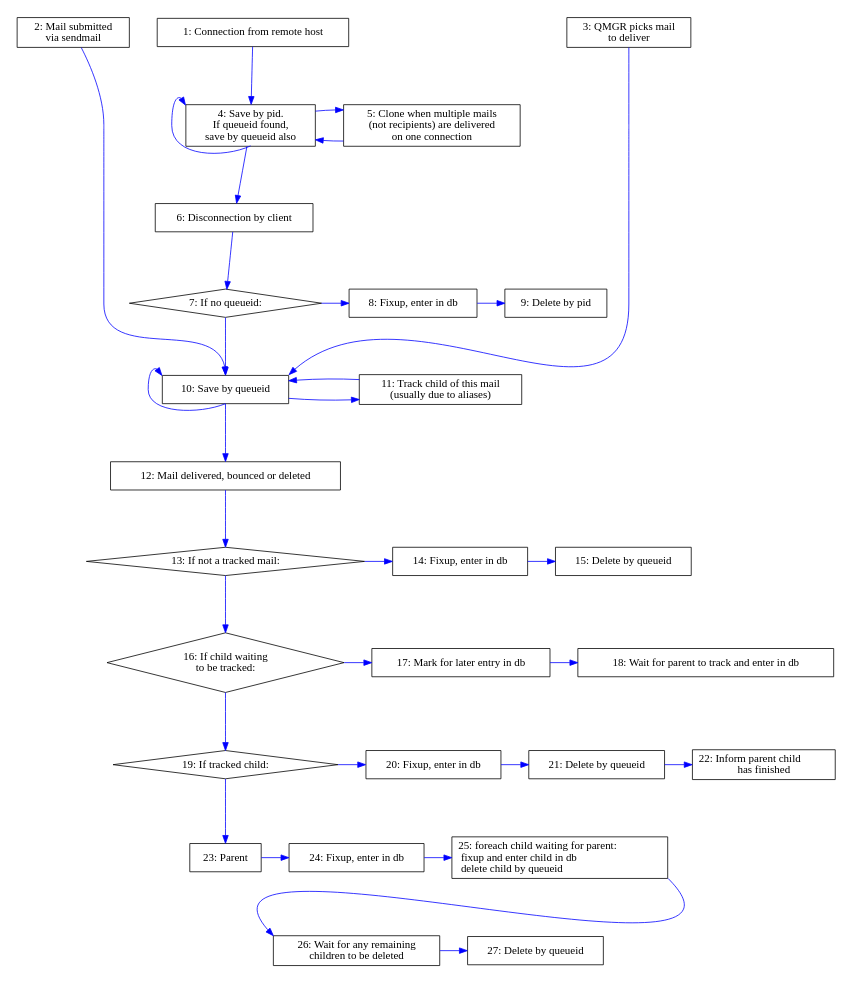
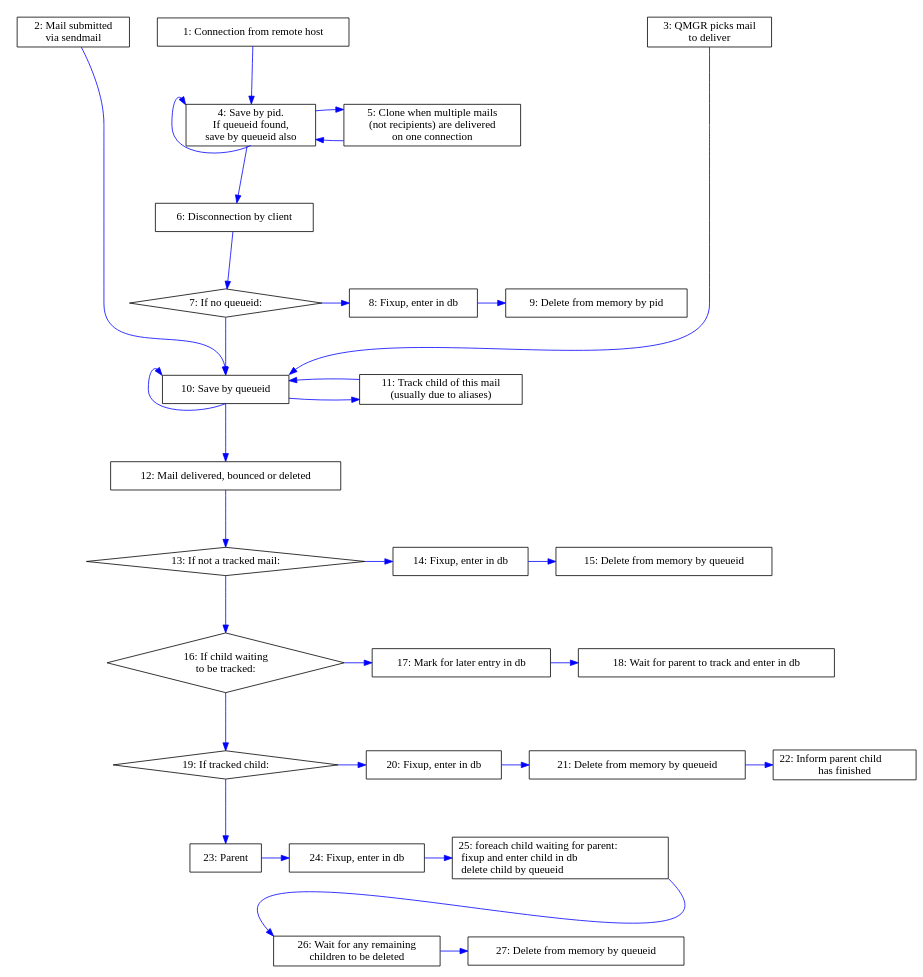
One commit to tobinjt/ASO changed the diagram in doc/logparser-flow-chart.dot. Above: the diagram before and after it, drawn with Graphviz.

Commit message:
Hopefully cleared up what's being deleted.

```diff
--- a/doc/logparser-flow-chart.dot
+++ b/doc/logparser-flow-chart.dot
@@ -1,170 +1,170 @@
 /* vim: set textwidth=160 : */
 /* $Id$ */
 
 digraph logparser {
     graph [
         size = "6.8, 7.3"
         margin = "0"
         center = true
     ]
     node [
         shape = box
     ]
     edge [
         color = blue
         fontcolor = red
         minlen = 2
     ]
 
     /* EDGES */
     /* Connect from client */
     connect                         -> { save_by_pid }
     save_by_pid                     -> { save_by_pid } [dir = back, headport = s, tailport = nw]
     save_by_pid                     -> { disconnect }
     clone                           -> { save_by_pid }
     save_by_pid                     -> { clone }
 
     /* Disconnect without queueid */
     disconnect                      -> { if_no_queueid }
     if_no_queueid                   -> { fixup_enter_in_db_disconnect }
     fixup_enter_in_db_disconnect    -> { delete_by_pid_disconnect }
 
     /* Disconnect with queueid */
     if_no_queueid                   -> { save_by_queueid } [weight = 5]
 
     /* Misc entry */
     pickup                          -> { save_by_queueid } [headport = n]
     qmgr_chooses_mail               -> { save_by_queueid } [headport = ne]
     /* Graph placement */
     connect                         -> { pickup } [style = invis, weight = 0]
     connect                         -> { qmgr_chooses_mail } [style = invis, weight = 0]
 
     /* Save results by queueid */
     save_by_queueid                 -> { track } [minlen = 5]
     track                           -> { save_by_queueid }
     save_by_queueid                 -> { save_by_queueid } [dir = back, headport = s, tailport = nw]
     save_by_queueid                 -> { commit }
 
     /* Commit is complicated */
     /* Neither parent nor child. */
     commit                          -> { if_neither_parent_nor_child }
     if_neither_parent_nor_child     -> { fixup_enter_in_db_npc }
     fixup_enter_in_db_npc           -> { delete_npc }
     /* Untracked child */
     if_neither_parent_nor_child     -> { if_untracked_child }
     if_untracked_child              -> { mark_for_commit }
     mark_for_commit                 -> { wait_for_parent_to_commit_me }
     if_untracked_child              -> { if_tracked_child }
     /* Tracked child */
     if_tracked_child                -> { fixup_enter_in_db_tc }
     fixup_enter_in_db_tc            -> { delete_tc }
     delete_tc                       -> { maybe_delete_parent }
     /* Parent */
     if_tracked_child                -> { parent }
     parent                          -> { fixup_enter_in_db_parent }
     fixup_enter_in_db_parent        -> { commit_children }
     /* This next edge pulls wait_for_children_to_be_deleted leftwards */
     fixup_enter_in_db_parent        -> { wait_for_children_to_be_deleted } [style = invis]
     commit_children                 -> { wait_for_children_to_be_deleted } [headport = nw, tailport = se, weight = 0]
     wait_for_children_to_be_deleted -> { delete_parent }
 
     /* NODE LABELS */
     save_by_pid                     [label = "4: Save by pid.\nIf queueid found,\nsave by queueid also"]
     connect                         [label = "1: Connection from remote host"]
     clone                           [label = "5: Clone when multiple mails\n(not recipients) are delivered\non one connection"]
 
     /* Disconnect without queueid */
     disconnect                      [label = "6: Disconnection by client"]
     if_no_queueid                   [label = "7: If no queueid:", shape = diamond]
     fixup_enter_in_db_disconnect    [label = "8: Fixup, enter in db"]
-    delete_by_pid_disconnect        [label = "9: Delete by pid"]
+    delete_by_pid_disconnect        [label = "9: Delete from memory by pid"]
 
     /* Disconnect with queueid - already covered */
 
     /* Misc entry */
     pickup                          [label = "2: Mail submitted\nvia sendmail"]
     qmgr_chooses_mail               [label = "3: QMGR picks mail\nto deliver"]
 
     /* Save results by queueid */
     save_by_queueid                 [label = "10: Save by queueid"]
     track                           [label = "11: Track child of this mail\n(usually due to aliases)"]
 
     /* Commit is complicated */
     /* Neither parent nor child. */
     commit                          [label = "12: Mail delivered, bounced or deleted"]
     if_neither_parent_nor_child     [label = "13: If not a tracked mail:", shape = diamond]
     fixup_enter_in_db_npc           [label = "14: Fixup, enter in db"]
-    delete_npc                      [label = "15: Delete by queueid"]
+    delete_npc                      [label = "15: Delete from memory by queueid"]
 
     /* Untracked child */
     if_untracked_child              [label = "16: If child waiting\nto be tracked:", shape = diamond]
     mark_for_commit                 [label = "17: Mark for later entry in db"]
     wait_for_parent_to_commit_me    [label = "18: Wait for parent to track and enter in db"]
 
     /* Tracked child */
     if_tracked_child                [label = "19: If tracked child:", shape = diamond]
     fixup_enter_in_db_tc            [label = "20: Fixup, enter in db"]
-    delete_tc                       [label = "21: Delete by queueid"]
+    delete_tc                       [label = "21: Delete from memory by queueid"]
     maybe_delete_parent             [label = "22: Inform parent child\lhas finished"]
 
     /* Parent */
     parent                          [label = "23: Parent"]
     fixup_enter_in_db_parent        [label = "24: Fixup, enter in db"]
     commit_children                 [label = "25: foreach child waiting for parent:\l  fixup and enter child in db\l  delete child by queueid\l", labeljust = l]
     wait_for_children_to_be_deleted [label = "26: Wait for any remaining \nchildren to be deleted"]
-    delete_parent                   [label = "27: Delete by queueid"]
+    delete_parent                   [label = "27: Delete from memory by queueid"]
 
     /* SUB-GRAPHS */
     subgraph sources {
         rank = source
         pickup
         qmgr_chooses_mail
         connect
     }
     subgraph clone_or_save {
         rank = same
         clone
         save_by_pid
     }
     subgraph disconnect_without_queueid {
         rank = same
         if_no_queueid
         fixup_enter_in_db_disconnect
         delete_by_pid_disconnect
     }
     subgraph save_or_track {
         rank = same
         track
         save_by_queueid
     }
     subgraph not_tracked {
         rank = same
         if_neither_parent_nor_child
         fixup_enter_in_db_npc
         delete_npc
     }
     subgraph untracked_child {
         rank = same
         if_untracked_child
         mark_for_commit
         wait_for_parent_to_commit_me
     }
     subgraph tracked_child {
         rank = same
         if_tracked_child
         fixup_enter_in_db_tc
         delete_tc
         maybe_delete_parent
     }
     subgraph parent {
         rank = same
         parent
         fixup_enter_in_db_parent
         commit_children
     }
     subgraph parent_waiting {
         rank = same
         wait_for_children_to_be_deleted
         delete_parent
     }
 }
```
